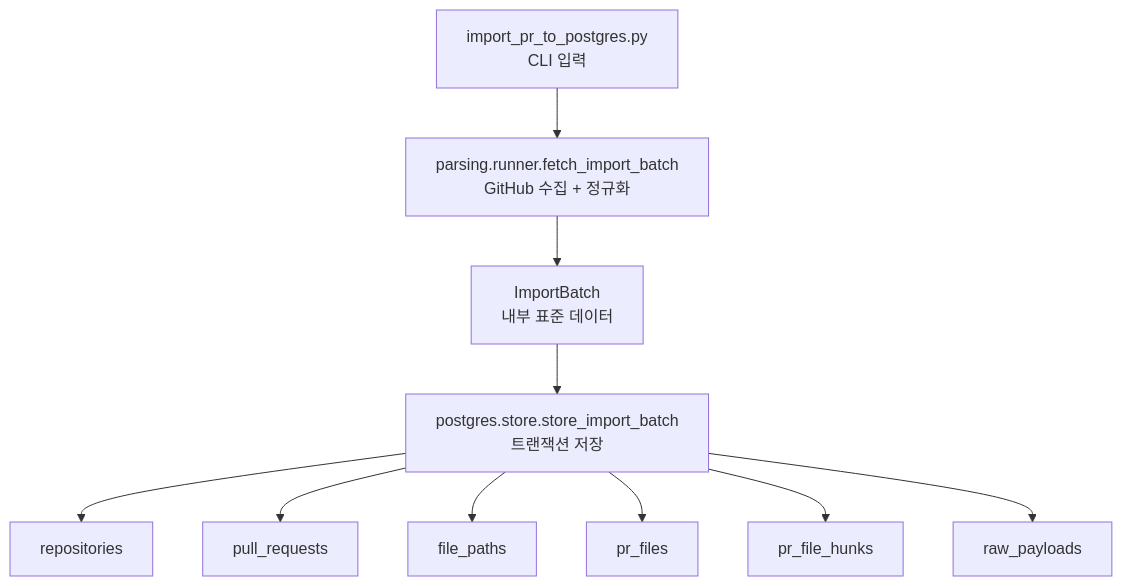
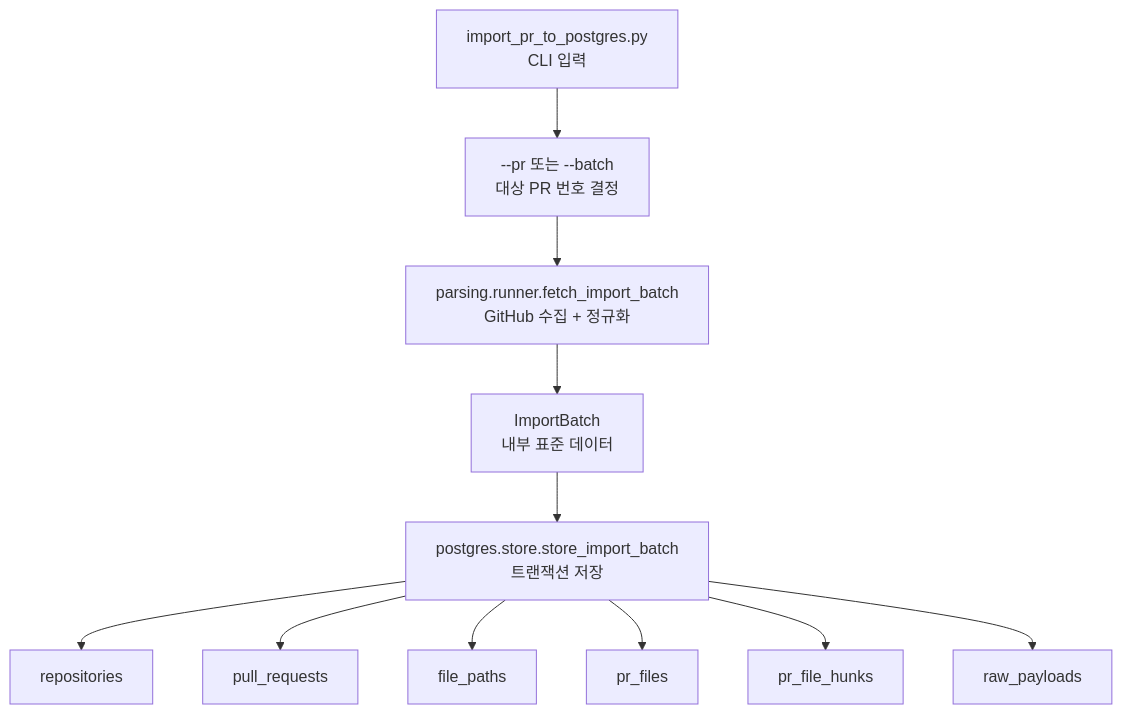
Before and after one commit to KFJG-Team1/rag-board: the first of 13 diagrams in pr_atlas_mvp/lesson/TOP_DOWN_POSTGRES_IMPORT.md, drawn with Mermaid. The commit also changed other lines of this file and 2 other files, not shown here.

Commit message:
chore: 기획서 및 학습서 수정, fetch_pr_graphql 함수 추가

````diff
--- a/pr_atlas_mvp/lesson/TOP_DOWN_POSTGRES_IMPORT.md
+++ b/pr_atlas_mvp/lesson/TOP_DOWN_POSTGRES_IMPORT.md
@@ -9,16 +9,17 @@
 ```mermaid
 flowchart TD
     CLI["import_pr_to_postgres.py<br/>CLI 입력"]
+    MODE["--pr 또는 --batch<br/>대상 PR 번호 결정"]
     FETCH["parsing.runner.fetch_import_batch<br/>GitHub 수집 + 정규화"]
     BATCH["ImportBatch<br/>내부 표준 데이터"]
     STORE["postgres.store.store_import_batch<br/>트랜잭션 저장"]
 
-    CLI --> FETCH --> BATCH --> STORE
+    CLI --> MODE --> FETCH --> BATCH --> STORE
 
     STORE --> REPO["repositories"]
     STORE --> PR["pull_requests"]
     STORE --> PATH["file_paths"]
     STORE --> FILE["pr_files"]
     STORE --> HUNK["pr_file_hunks"]
     STORE --> RAW["raw_payloads"]
 ```
````
